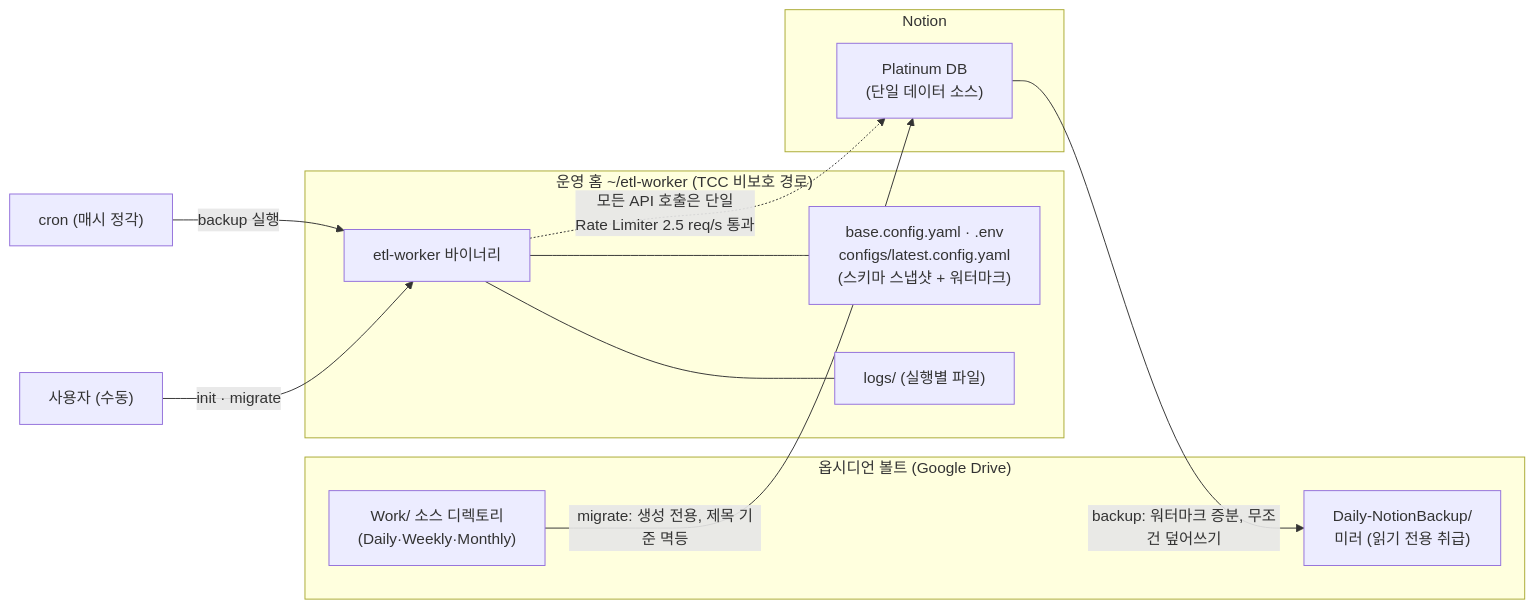
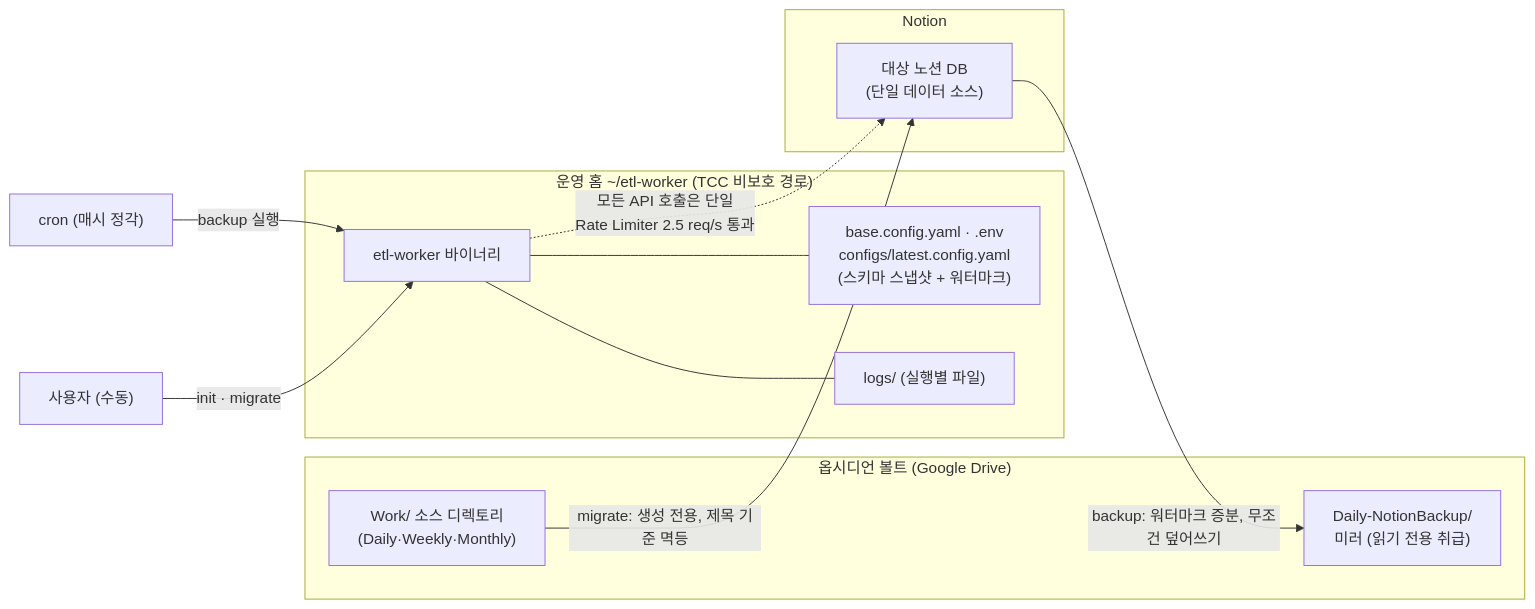
The first of 4 diagrams in docs/diagrams.md (yoonsooc/obsidian-notion-etl), drawn with Mermaid before and after one commit. The commit also changed 9 other files, not shown here.

````diff
--- a/docs/diagrams.md
+++ b/docs/diagrams.md
@@ -6,27 +6,27 @@
 ```mermaid
 flowchart LR
     subgraph vault["옵시디언 볼트 (Google Drive)"]
         work["Work/ 소스 디렉토리<br/>(Daily·Weekly·Monthly)"]
         mirror["Daily-NotionBackup/<br/>미러 (읽기 전용 취급)"]
     end
 
     subgraph ops["운영 홈 ~/etl-worker (TCC 비보호 경로)"]
         bin["etl-worker 바이너리"]
         cfg["base.config.yaml · .env<br/>configs/latest.config.yaml<br/>(스키마 스냅샷 + 워터마크)"]
         logs["logs/ (실행별 파일)"]
         bin --- cfg
         bin --- logs
     end
 
     subgraph notion["Notion"]
-        db["Platinum DB<br/>(단일 데이터 소스)"]
+        db["대상 노션 DB<br/>(단일 데이터 소스)"]
     end
 
     cron["cron (매시 정각)"] -->|"backup 실행"| bin
     user["사용자 (수동)"] -->|"init · migrate"| bin
 
     work -->|"migrate: 생성 전용, 제목 기준 멱등"| db
     db -->|"backup: 워터마크 증분, 무조건 덮어쓰기"| mirror
 
     bin -.->|"모든 API 호출은 단일<br/>Rate Limiter 2.5 req/s 통과"| db
 ```
````
